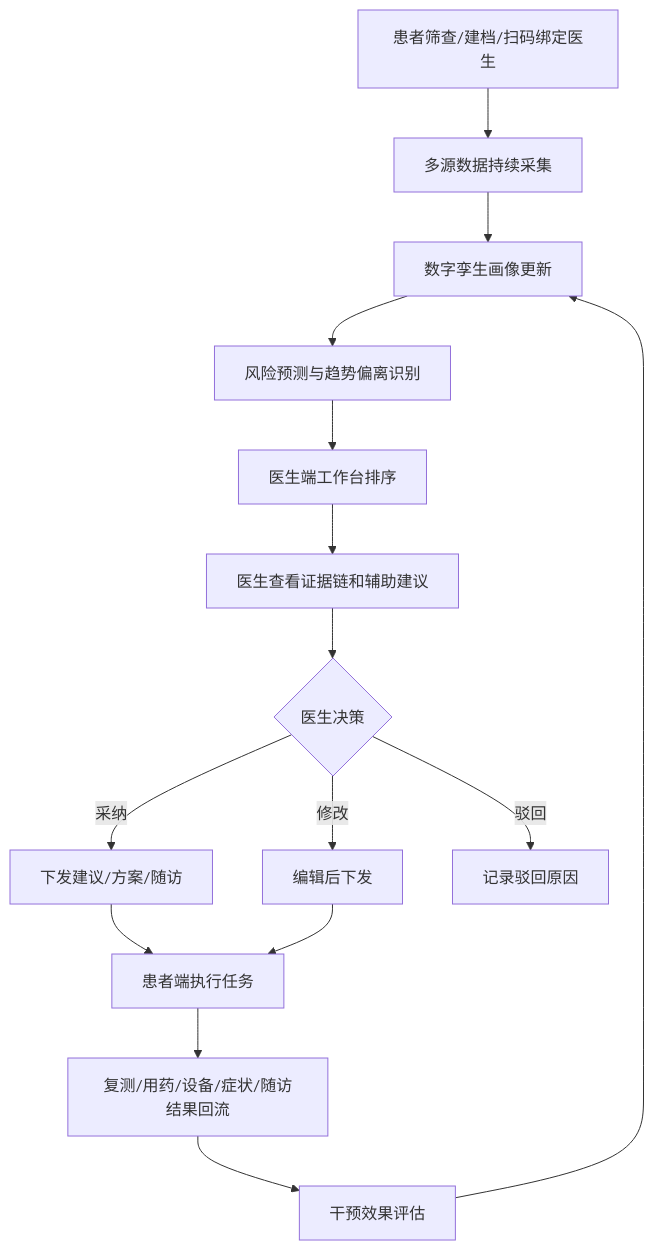
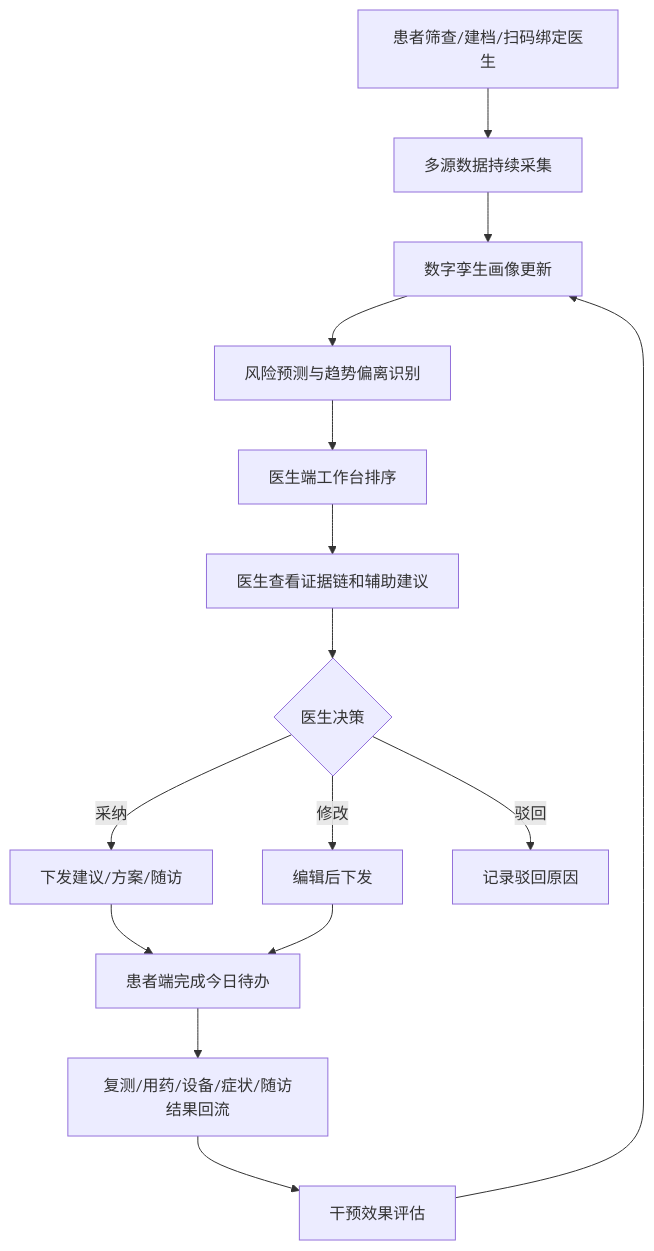
Before and after one commit to supersuperman666/twin: the first of 4 diagrams in docs/医生PC端PRD.md, drawn with Mermaid. The commit also changed other lines of this file, not shown here.

````diff
--- a/docs/医生PC端PRD.md
+++ b/docs/医生PC端PRD.md
@@ -53,17 +53,17 @@
 ```mermaid
 flowchart TD
   A["患者筛查/建档/扫码绑定医生"] --> B["多源数据持续采集"]
   B --> C["数字孪生画像更新"]
   C --> D["风险预测与趋势偏离识别"]
   D --> E["医生端工作台排序"]
   E --> F["医生查看证据链和辅助建议"]
   F --> G{"医生决策"}
   G -->|采纳| H["下发建议/方案/随访"]
   G -->|修改| I["编辑后下发"]
   G -->|驳回| J["记录驳回原因"]
-  H --> K["患者端执行任务"]
+  H --> K["患者端完成今日待办"]
   I --> K
   K --> L["复测/用药/设备/症状/随访结果回流"]
   L --> M["干预效果评估"]
   M --> C
 ```
````
